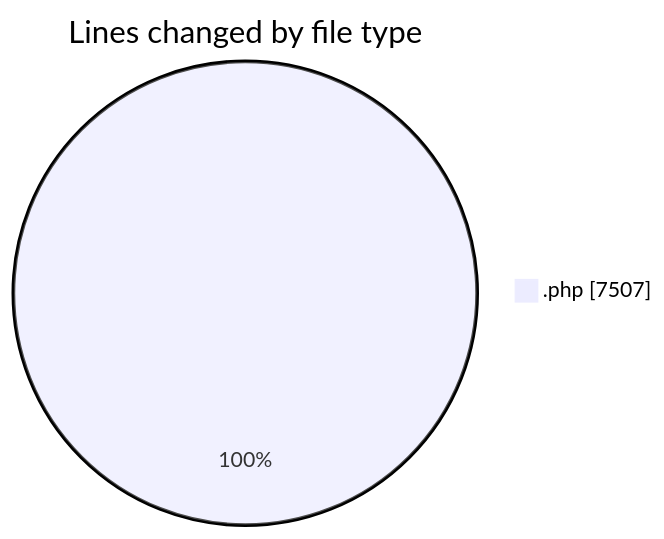
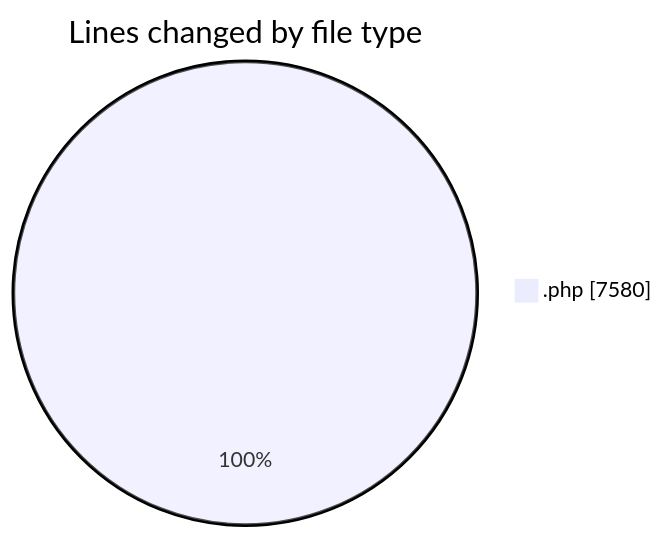
One commit to vahidmafi/code-tracking changed the first of 2 diagrams in 2025-07-21/shop/README.md. Above: the diagram before and after it, drawn with Mermaid. The commit also changed other lines of this file and 1 other file, not shown here.

````diff
--- a/2025-07-21/shop/README.md
+++ b/2025-07-21/shop/README.md
@@ -22,5 +22,5 @@
 ```mermaid
 pie showData
 title Lines changed by file type
-".php" : 7507
+".php" : 7580
 ```
````
